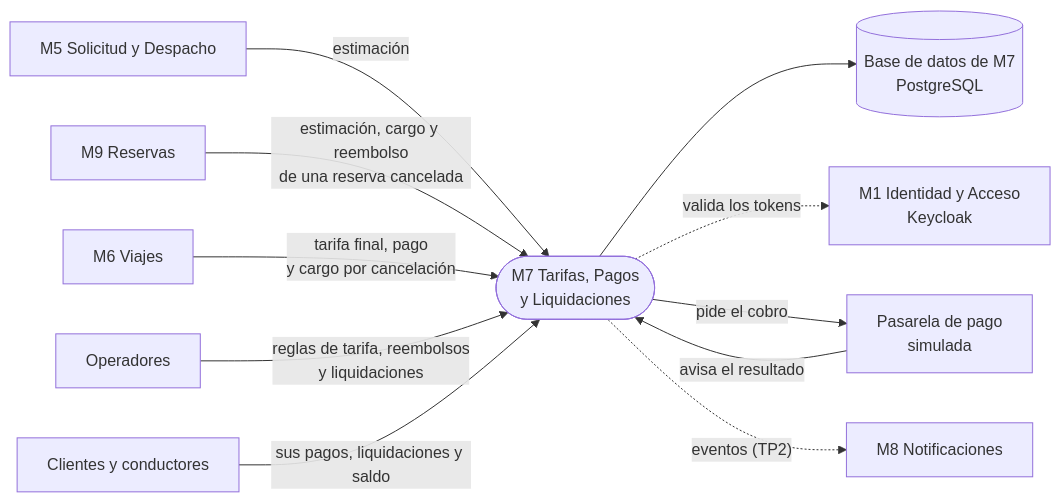
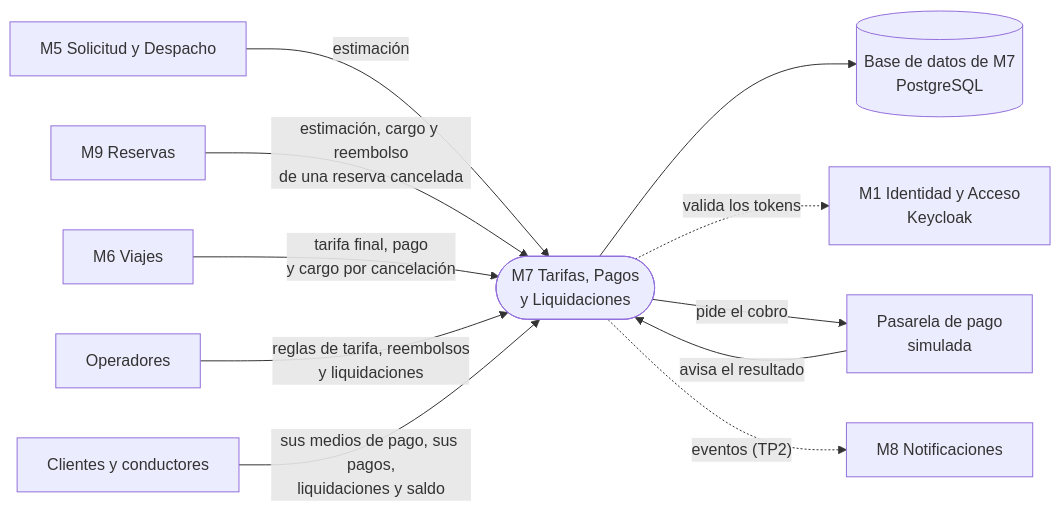
Before and after one commit to BubroskyR/DS2026-TPI-M7-GRUPO6: the first of 3 diagrams in docs/arquitectura.md, drawn with Mermaid. The commit also changed other lines of this file and 1 other file, not shown here.

Commit message:
README y diagramas: rutas, tablas, tokens y pasarela simulada

````diff
--- a/docs/arquitectura.md
+++ b/docs/arquitectura.md
@@ -9,24 +9,24 @@
 ```mermaid
 flowchart LR
     M5["M5 Solicitud y Despacho"]
     M9["M9 Reservas"]
     M6["M6 Viajes"]
     OP["Operadores"]
     PER["Clientes y conductores"]
     M7(["M7 Tarifas, Pagos<br>y Liquidaciones"])
     BD[("Base de datos de M7<br>PostgreSQL")]
     M1["M1 Identidad y Acceso<br>Keycloak"]
     PAS["Pasarela de pago<br>simulada"]
     M8["M8 Notificaciones"]
 
     M5 -->|estimación| M7
     M9 -->|"estimación, cargo y reembolso<br>de una reserva cancelada"| M7
     M6 -->|"tarifa final, pago<br>y cargo por cancelación"| M7
     OP -->|"reglas de tarifa, reembolsos<br>y liquidaciones"| M7
-    PER -->|"sus pagos, liquidaciones y saldo"| M7
+    PER -->|"sus medios de pago, sus pagos,<br>liquidaciones y saldo"| M7
     M7 --> BD
     M7 -.->|valida los tokens| M1
     M7 -->|pide el cobro| PAS
     PAS -->|avisa el resultado| M7
     M7 -.->|"eventos (TP2)"| M8
 ```
````
